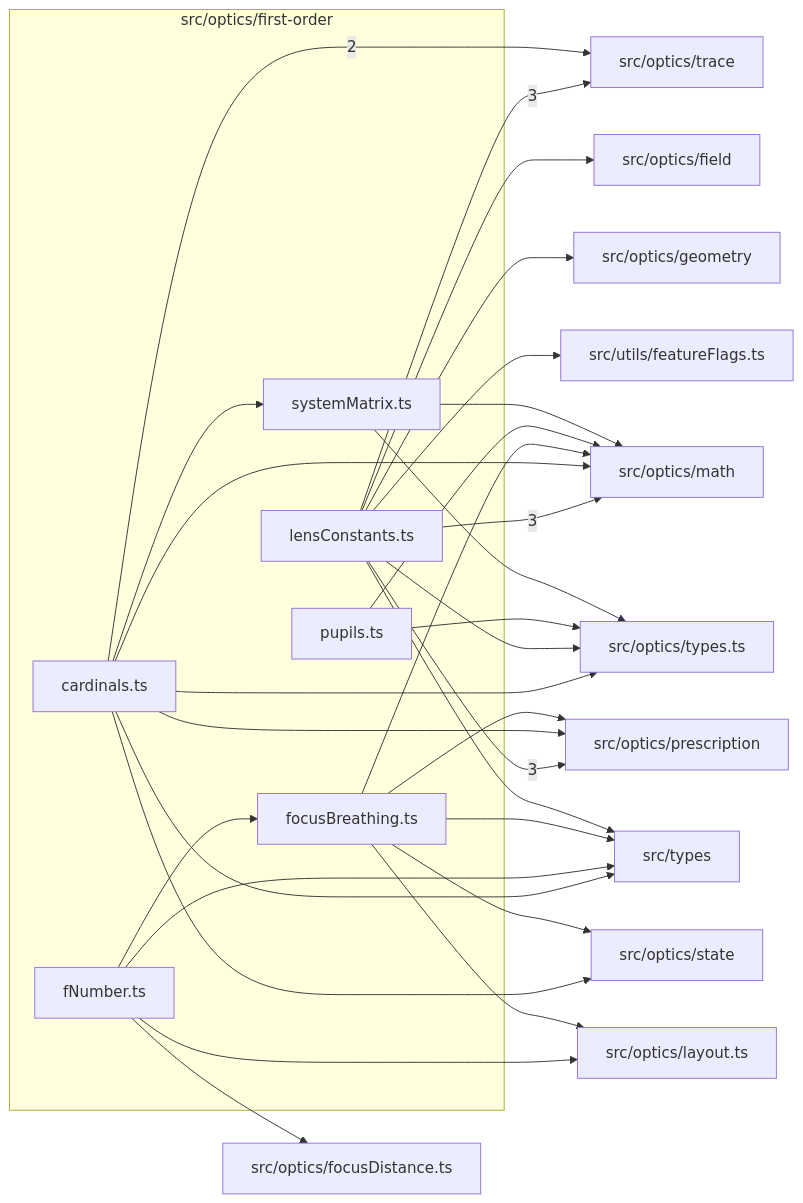
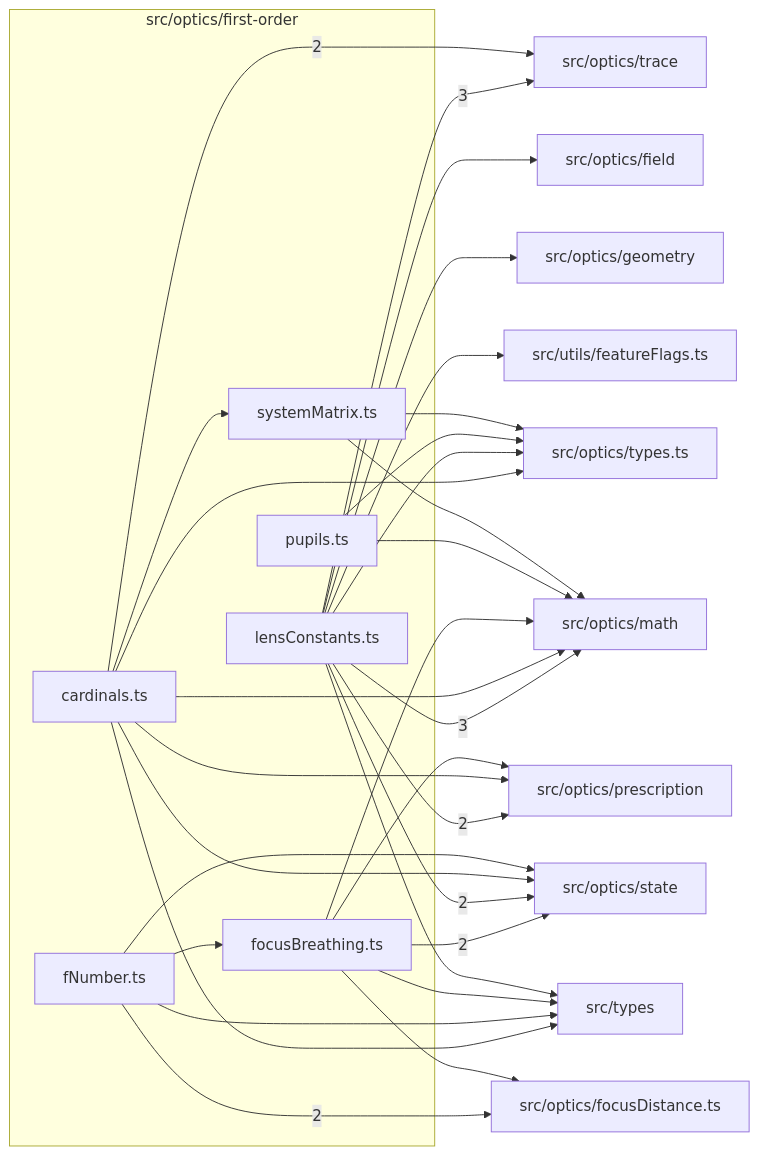
The diagram in src/optics/first-order/readme.md (BeamFour/LensVisualizer), drawn with Mermaid before and after one commit. The commit also changed other lines of this file and 44 other files, not shown here.

````diff
--- a/src/optics/first-order/readme.md
+++ b/src/optics/first-order/readme.md
@@ -9,50 +9,50 @@
 ```mermaid
 flowchart LR
   subgraph n_src_optics_first_order["src/optics/first-order"]
     n_src_optics_first_order_src_optics_first_order_cardinals_ts["cardinals.ts"]
     n_src_optics_first_order_src_optics_first_order_fNumber_ts["fNumber.ts"]
     n_src_optics_first_order_src_optics_first_order_focusBreathing_ts["focusBreathing.ts"]
     n_src_optics_first_order_src_optics_first_order_lensConstants_ts["lensConstants.ts"]
     n_src_optics_first_order_src_optics_first_order_pupils_ts["pupils.ts"]
     n_src_optics_first_order_src_optics_first_order_systemMatrix_ts["systemMatrix.ts"]
   end
   n_external_src_optics_math["src/optics/math"]
+  n_external_src_optics_trace["src/optics/trace"]
+  n_external_src_optics_focusDistance_ts["src/optics/focusDistance.ts"]
   n_external_src_optics_prescription["src/optics/prescription"]
-  n_external_src_optics_trace["src/optics/trace"]
+  n_external_src_optics_state["src/optics/state"]
   n_external_src_optics_field["src/optics/field"]
-  n_external_src_optics_focusDistance_ts["src/optics/focusDistance.ts"]
   n_external_src_optics_geometry["src/optics/geometry"]
-  n_external_src_optics_layout_ts["src/optics/layout.ts"]
-  n_external_src_optics_state["src/optics/state"]
   n_external_src_optics_types_ts["src/optics/types.ts"]
   n_external_src_types["src/types"]
   n_external_src_utils_featureFlags_ts["src/utils/featureFlags.ts"]
   n_src_optics_first_order_src_optics_first_order_lensConstants_ts --> |3| n_external_src_optics_math
-  n_src_optics_first_order_src_optics_first_order_lensConstants_ts --> |3| n_external_src_optics_prescription
   n_src_optics_first_order_src_optics_first_order_lensConstants_ts --> |3| n_external_src_optics_trace
+  n_src_optics_first_order_src_optics_first_order_fNumber_ts --> |2| n_external_src_optics_focusDistance_ts
+  n_src_optics_first_order_src_optics_first_order_lensConstants_ts --> |2| n_external_src_optics_prescription
+  n_src_optics_first_order_src_optics_first_order_focusBreathing_ts --> |2| n_external_src_optics_state
+  n_src_optics_first_order_src_optics_first_order_lensConstants_ts --> |2| n_external_src_optics_state
   n_src_optics_first_order_src_optics_first_order_cardinals_ts --> |2| n_external_src_optics_trace
   n_src_optics_first_order_src_optics_first_order_lensConstants_ts --> n_external_src_optics_field
-  n_src_optics_first_order_src_optics_first_order_fNumber_ts --> n_external_src_optics_focusDistance_ts
+  n_src_optics_first_order_src_optics_first_order_focusBreathing_ts --> n_external_src_optics_focusDistance_ts
   n_src_optics_first_order_src_optics_first_order_lensConstants_ts --> n_external_src_optics_geometry
-  n_src_optics_first_order_src_optics_first_order_fNumber_ts --> n_external_src_optics_layout_ts
-  n_src_optics_first_order_src_optics_first_order_focusBreathing_ts --> n_external_src_optics_layout_ts
   n_src_optics_first_order_src_optics_first_order_cardinals_ts --> n_external_src_optics_math
   n_src_optics_first_order_src_optics_first_order_focusBreathing_ts --> n_external_src_optics_math
   n_src_optics_first_order_src_optics_first_order_pupils_ts --> n_external_src_optics_math
   n_src_optics_first_order_src_optics_first_order_systemMatrix_ts --> n_external_src_optics_math
   n_src_optics_first_order_src_optics_first_order_cardinals_ts --> n_external_src_optics_prescription
   n_src_optics_first_order_src_optics_first_order_focusBreathing_ts --> n_external_src_optics_prescription
   n_src_optics_first_order_src_optics_first_order_cardinals_ts --> n_external_src_optics_state
-  n_src_optics_first_order_src_optics_first_order_focusBreathing_ts --> n_external_src_optics_state
+  n_src_optics_first_order_src_optics_first_order_fNumber_ts --> n_external_src_optics_state
   n_src_optics_first_order_src_optics_first_order_cardinals_ts --> n_external_src_optics_types_ts
   n_src_optics_first_order_src_optics_first_order_lensConstants_ts --> n_external_src_optics_types_ts
   n_src_optics_first_order_src_optics_first_order_pupils_ts --> n_external_src_optics_types_ts
   n_src_optics_first_order_src_optics_first_order_systemMatrix_ts --> n_external_src_optics_types_ts
   n_src_optics_first_order_src_optics_first_order_cardinals_ts --> n_external_src_types
   n_src_optics_first_order_src_optics_first_order_fNumber_ts --> n_external_src_types
   n_src_optics_first_order_src_optics_first_order_focusBreathing_ts --> n_external_src_types
   n_src_optics_first_order_src_optics_first_order_lensConstants_ts --> n_external_src_types
   n_src_optics_first_order_src_optics_first_order_lensConstants_ts --> n_external_src_utils_featureFlags_ts
   n_src_optics_first_order_src_optics_first_order_fNumber_ts --> n_src_optics_first_order_src_optics_first_order_focusBreathing_ts
   n_src_optics_first_order_src_optics_first_order_cardinals_ts --> n_src_optics_first_order_src_optics_first_order_systemMatrix_ts
 ```
````
